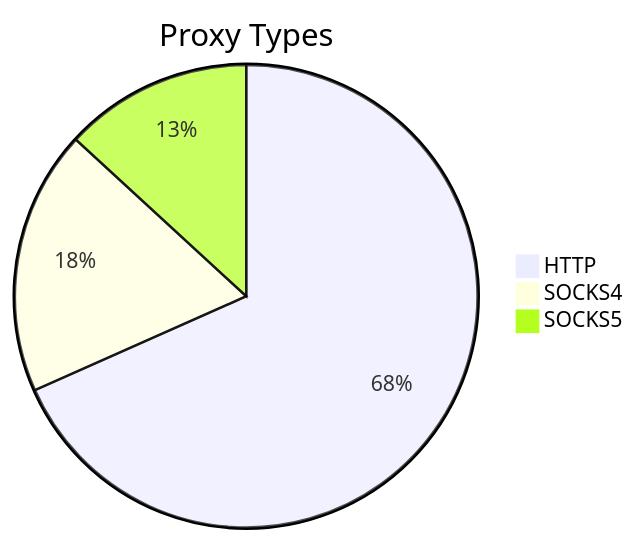
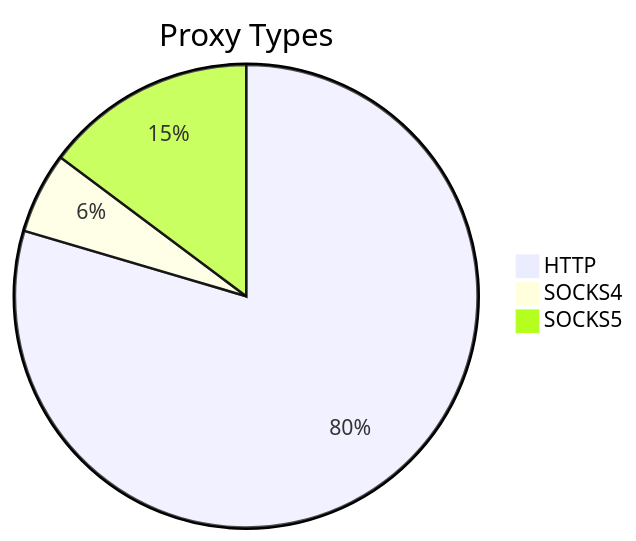
The first of 2 diagrams in README.md (stormsia/proxy-list), drawn with Mermaid before and after one commit. The commit also changed other lines of this file, not shown here.

````diff
--- a/README.md
+++ b/README.md
@@ -21,6 +21,6 @@
 ```mermaid
 pie title Proxy Types
-    "HTTP" : 488
-    "SOCKS4" : 132
-    "SOCKS5" : 94
+    "HTTP" : 366
+    "SOCKS4" : 26
+    "SOCKS5" : 68
 ```
````
